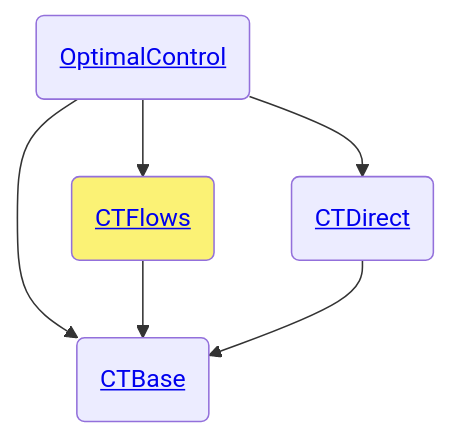
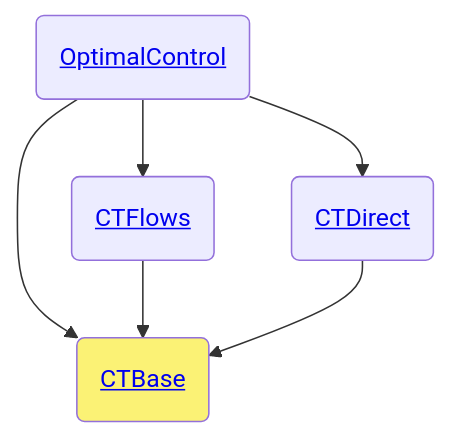
The diagram in docs/src/index.md (control-toolbox/CTBase.jl), drawn with Mermaid before and after one commit.

````diff
--- a/docs/src/index.md
+++ b/docs/src/index.md
@@ -9,9 +9,9 @@
 ```mermaid
 flowchart TD
 O(<a href='https://control-toolbox.org/OptimalControl.jl/stable/'>OptimalControl</a>) --> B(<a href='https://control-toolbox.org/OptimalControl.jl/stable/api-ctbase.html'>CTBase</a>)
 O --> D(<a href='https://control-toolbox.org/OptimalControl.jl/stable/api-ctdirect.html'>CTDirect</a>)
 O --> F(<a href='https://control-toolbox.org/OptimalControl.jl/stable/api-ctflows.html'>CTFlows</a>)
 F --> B
 D --> B
-style F fill:#FBF275
+style B fill:#FBF275
 ```
````
